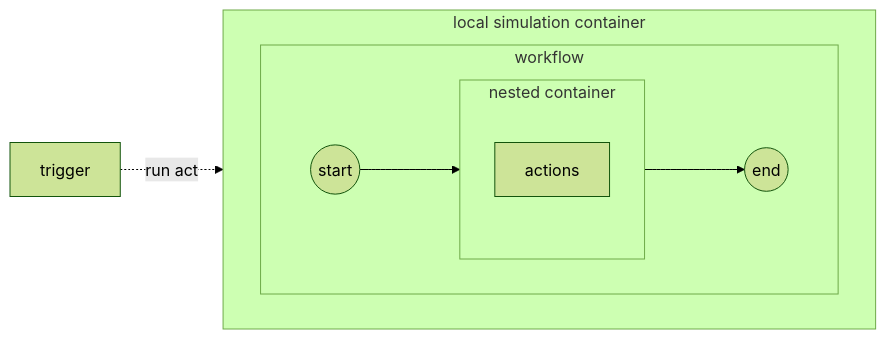
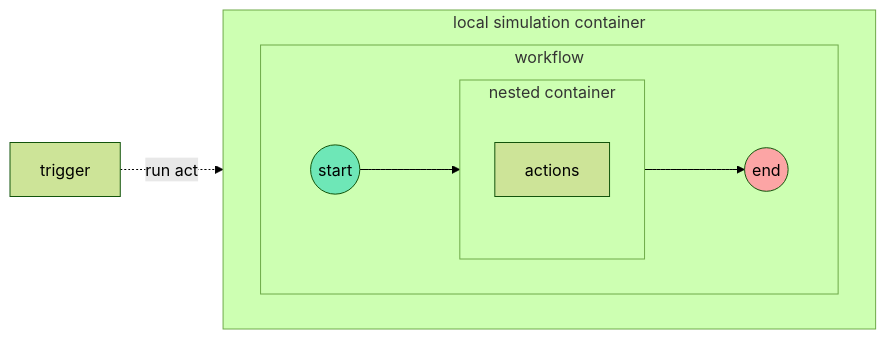
One commit to CU-DBMI/set-website changed the fourth of 4 diagrams in _posts/2023-02-27-Repository-Workflows-with-Github-Actions.md. Above: the diagram before and after it, drawn with Mermaid (forest theme). The commit also changed other lines of this file, not shown here.

Commit message:
diagrams updates; gh actions content dev

````diff
--- a/_posts/2023-02-27-Repository-Workflows-with-Github-Actions.md
+++ b/_posts/2023-02-27-Repository-Workflows-with-Github-Actions.md
@@ -60,16 +68,18 @@
 ```mermaid
 flowchart LR
   subgraph container [local simulation container]
     direction LR
     subgraph workflow
       direction LR
       subgraph action [nested container]
         actions
       end
       start((start)) --> action
       action --> en((end))
     end
     
   end
   trigger -.-> |run act| start
+  style start fill:#6EE7B7
+  style en fill:#FCA5A5
 ```
````
